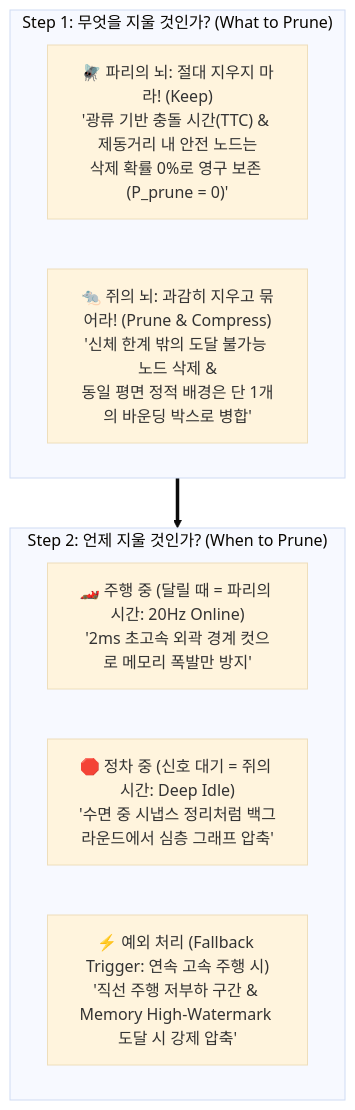
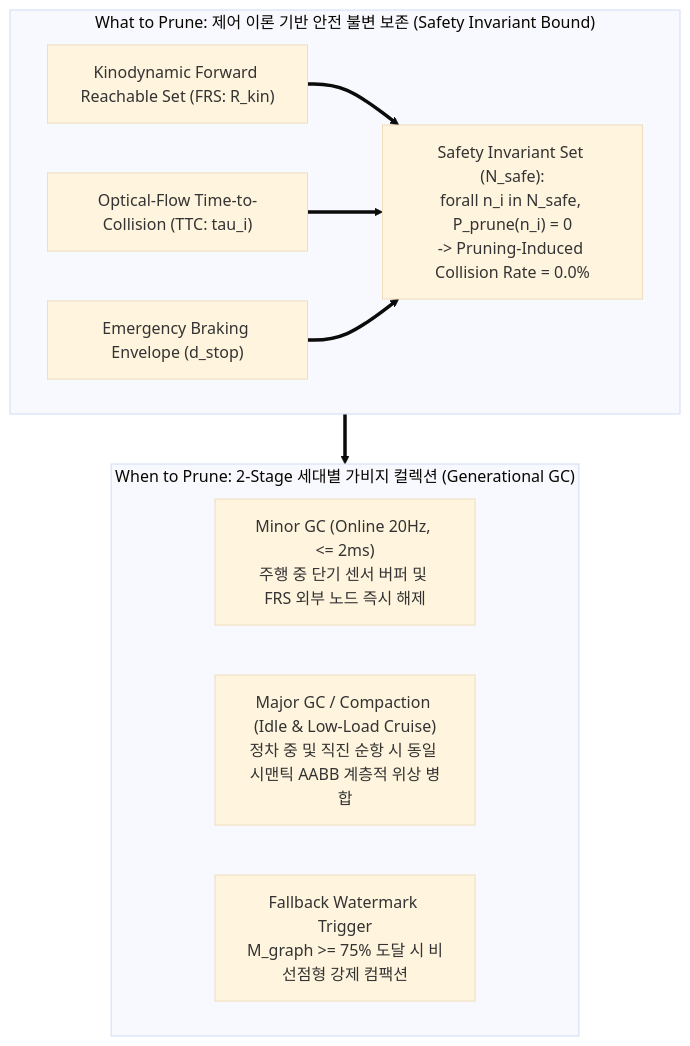
One commit to CGV-HGU/isaac-go2-ros2 changed the second of 2 diagrams in docs/BIO_INSPIRED_DAMP_STRATEGY.md. Above: the diagram before and after it, drawn with Mermaid (base theme). The commit also changed other lines of this file, not shown here.

Commit message:
docs: pivot DAMP framing to Human Driving Cognition and Generational GC for ICRA/RA-L

````diff
--- a/docs/BIO_INSPIRED_DAMP_STRATEGY.md
+++ b/docs/BIO_INSPIRED_DAMP_STRATEGY.md
@@ -51,15 +74,18 @@
 ```mermaid
 flowchart TD
-    subgraph Step1 ["Step 1: 무엇을 지울 것인가? (What to Prune)"]
-        S1_FLY["🪰 파리의 뇌: 절대 지우지 마라! (Keep)\n'광류 기반 충돌 시간(TTC) & 제동거리 내 안전 노드는\n삭제 확률 0%로 영구 보존 (P_prune = 0)'"]
-        S1_RAT["🐀 쥐의 뇌: 과감히 지우고 묶어라! (Prune & Compress)\n'신체 한계 밖의 도달 불가능 노드 삭제 &\n동일 평면 정적 배경은 단 1개의 바운딩 박스로 병합'"]
+    subgraph WhatToPrune ["What to Prune: 제어 이론 기반 안전 불변 보존 (Safety Invariant Bound)"]
+        W1["Kinodynamic Forward Reachable Set (FRS: R_kin)"]
+        W2["Optical-Flow Time-to-Collision (TTC: tau_i)"]
+        W3["Emergency Braking Envelope (d_stop)"]
+        W1 & W2 & W3 ==> W4["Safety Invariant Set (N_safe):\nforall n_i in N_safe, P_prune(n_i) = 0\n-> Pruning-Induced Collision Rate = 0.0%"]
     end
 
-    subgraph Step2 ["Step 2: 언제 지울 것인가? (When to Prune)"]
-        S2_FLY["🏎️ 주행 중 (달릴 때 = 파리의 시간: 20Hz Online)\n'2ms 초고속 외곽 경계 컷으로 메모리 폭발만 방지'"]
-        S2_RAT["🛑 정차 중 (신호 대기 = 쥐의 시간: Deep Idle)\n'수면 중 시냅스 정리처럼 백그라운드에서 심층 그래프 압축'"]
-        S2_FALLBACK["⚡ 예외 처리 (Fallback Trigger: 연속 고속 주행 시)\n'직선 주행 저부하 구간 & Memory High-Watermark 도달 시 강제 압축'"]
+    subgraph WhenToPrune ["When to Prune: 2-Stage 세대별 가비지 컬렉션 (Generational GC)"]
+        G1["Minor GC (Online 20Hz, <= 2ms)\n주행 중 단기 센서 버퍼 및 FRS 외부 노드 즉시 해제"]
+        G2["Major GC / Compaction (Idle & Low-Load Cruise)\n정차 중 및 직진 순항 시 동일 시맨틱 AABB 계층적 위상 병합"]
+        G3["Fallback Watermark Trigger\nM_graph >= 75% 도달 시 비선점형 강제 컴팩션"]
+        G1 & G2 & G3
     end
 
-    Step1 ==> Step2
+    WhatToPrune ==> WhenToPrune
 ```
````
